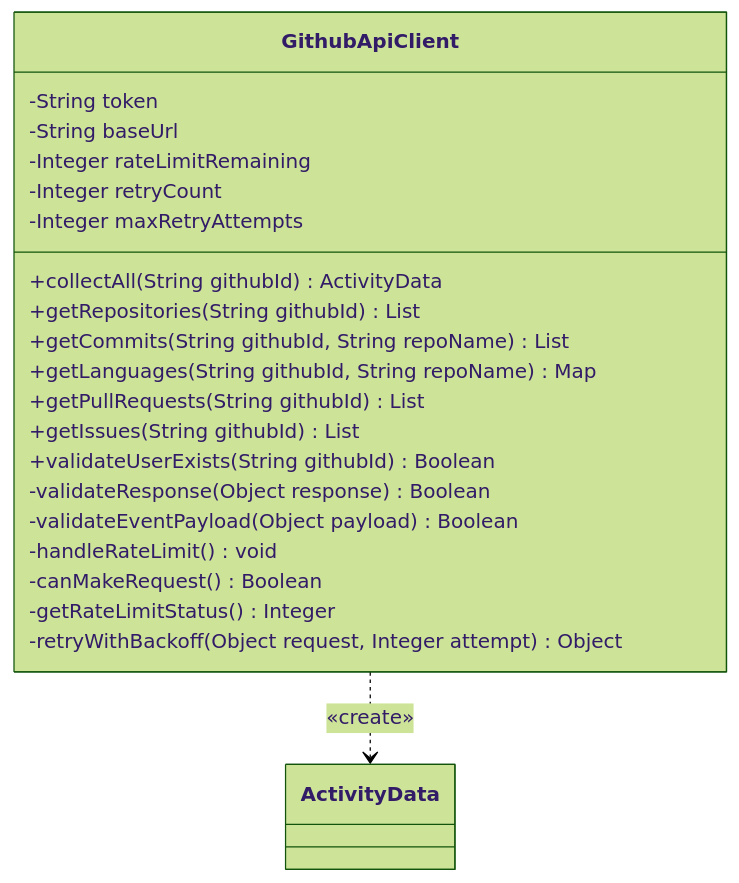
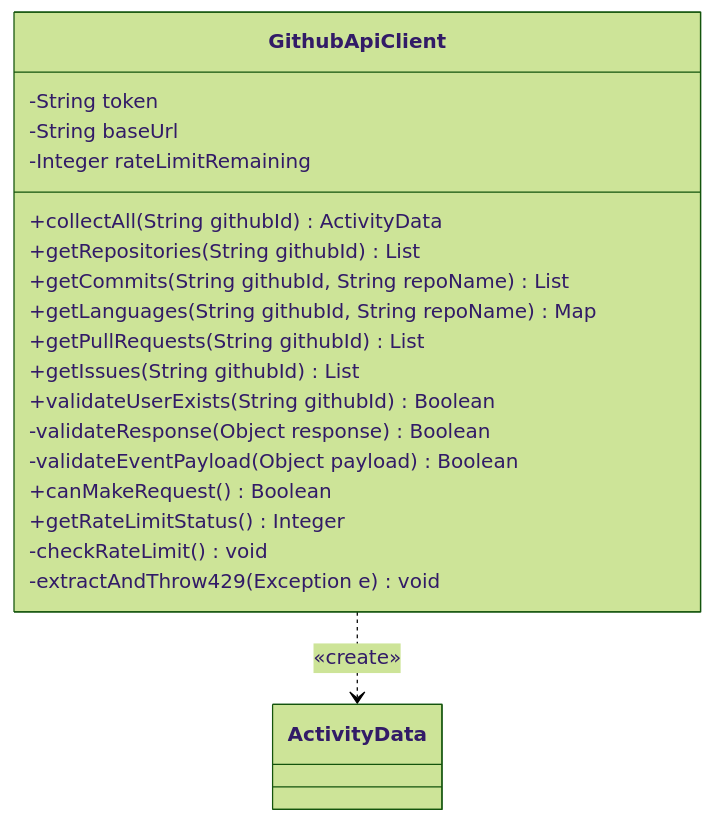
The sixth of 15 diagrams in Design_[22212046_안효원].md (NotHyoone/OSS_Design), drawn with Mermaid (forest theme) before and after one commit. The commit also changed other lines of this file and 5 other files, not shown here.

````diff
--- a/Design_[22212046_안효원].md
+++ b/Design_[22212046_안효원].md
@@ -486,27 +486,25 @@
 ```mermaid
 classDiagram
     direction TB
 
     class GithubApiClient {
         -String token
         -String baseUrl
         -Integer rateLimitRemaining
-        -Integer retryCount
-        -Integer maxRetryAttempts
         +collectAll(String githubId) ActivityData
         +getRepositories(String githubId) List
         +getCommits(String githubId, String repoName) List
         +getLanguages(String githubId, String repoName) Map
         +getPullRequests(String githubId) List
         +getIssues(String githubId) List
         +validateUserExists(String githubId) Boolean
         -validateResponse(Object response) Boolean
         -validateEventPayload(Object payload) Boolean
-        -handleRateLimit() void
-        -canMakeRequest() Boolean
-        -getRateLimitStatus() Integer
-        -retryWithBackoff(Object request, Integer attempt) Object
+        +canMakeRequest() Boolean
+        +getRateLimitStatus() Integer
+        -checkRateLimit() void
+        -extractAndThrow429(Exception e) void
     }
 
     GithubApiClient ..> ActivityData : «create»
 ```
````
